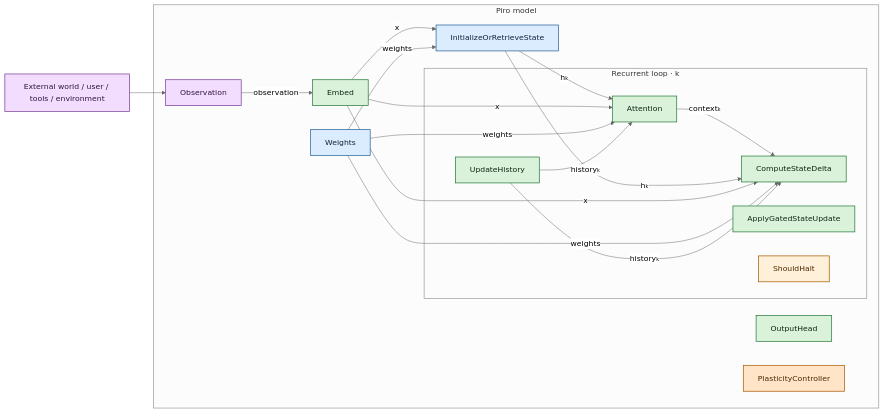
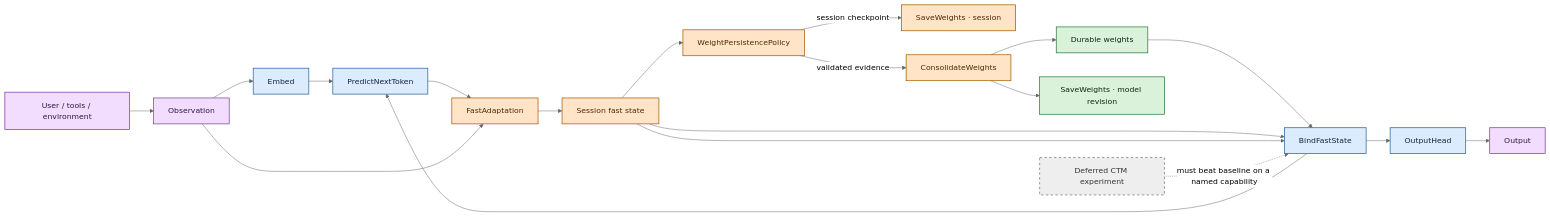
The diagram in docs/architecture/stateful-rl-first-model-v0.1.mmd (vargasjr-dev/piro), drawn with Mermaid (neutral theme) before and after one commit. The commit also changed 6 other files, not shown here.

Commit message:
docs: simplify piro around fast slow weights

```diff
--- a/docs/architecture/stateful-rl-first-model-v0.1.mmd
+++ b/docs/architecture/stateful-rl-first-model-v0.1.mmd
@@ -1,38 +1,28 @@
-%% Piro Stateful RL-First Model v0.1
-%% Pseudocode view: initialization and Attention inputs while recurrent flow is reviewed
+%% Piro Core Self-Updating Model v0.2
+%% Fast/slow weights are core; CTM is a deferred comparison architecture.
 flowchart LR
-    classDef current fill:#d9f2d9,stroke:#287a3d,color:#102515,stroke-width:1.5px
-    classDef proposed fill:#dcecff,stroke:#28639b,color:#10243a,stroke-width:1.5px
+    classDef core fill:#dcecff,stroke:#28639b,color:#10243a,stroke-width:1.5px
     classDef learning fill:#ffe4c7,stroke:#a85b00,color:#4d2900,stroke-width:1.5px
     classDef external fill:#f2ddff,stroke:#7a3f9b,color:#32153f,stroke-width:1.5px
-    classDef control fill:#fff0d9,stroke:#a85b00,color:#4d2900,stroke-width:1.5px
+    classDef durable fill:#d9f2d9,stroke:#287a3d,color:#102515,stroke-width:1.5px
+    classDef deferred fill:#eeeeee,stroke:#777777,color:#333333,stroke-width:1.5px,stroke-dasharray: 5 5
 
-    X[External world / user / tools / environment]:::external --> I[Observation]:::external
+    X[User / tools / environment]:::external --> I[Observation]:::external
+    I --> E[Embed]:::core
+    W[Durable weights]:::durable --> B[BindFastState]:::core
+    F[Session fast state]:::learning --> B
+    E --> P[PredictNextToken]:::core
+    B --> P
+    P --> A[FastAdaptation]:::learning
+    I --> A
+    A --> F
+    F --> B
+    B --> O[OutputHead]:::core
+    O --> Y[Output]:::external
+    F --> R[WeightPersistencePolicy]:::learning
+    R -->|session checkpoint| S[SaveWeights · session]:::learning
+    R -->|validated evidence| C[ConsolidateWeights]:::learning
+    C --> W
+    C --> M[SaveWeights · model revision]:::durable
 
-    subgraph PIRO[Piro model]
-        I -->|observation| E[Embed]:::current
-        E -->|x| S[InitializeOrRetrieveState]:::proposed
-        W[Weights]:::proposed -->|weights| S
-
-        subgraph LOOP[Recurrent loop · k]
-            A[Attention]:::current
-            D[ComputeStateDelta]:::current
-            R[ApplyGatedStateUpdate]:::current
-            N[UpdateHistory]:::current
-            Sh[ShouldHalt]:::control
-        end
-
-        S -->|hₖ| A
-        E -->|x| A
-        W -->|weights| A
-        N -->|historyₖ| A
-
-        A -->|contextₖ| D
-        S -->|hₖ| D
-        E -->|x| D
-        W -->|weights| D
-        N -->|historyₖ| D
-
-        O[OutputHead]:::current
-        Pc[PlasticityController]:::learning
-    end
+    T[Deferred CTM experiment]:::deferred -.->|must beat baseline on a named capability| B
```
